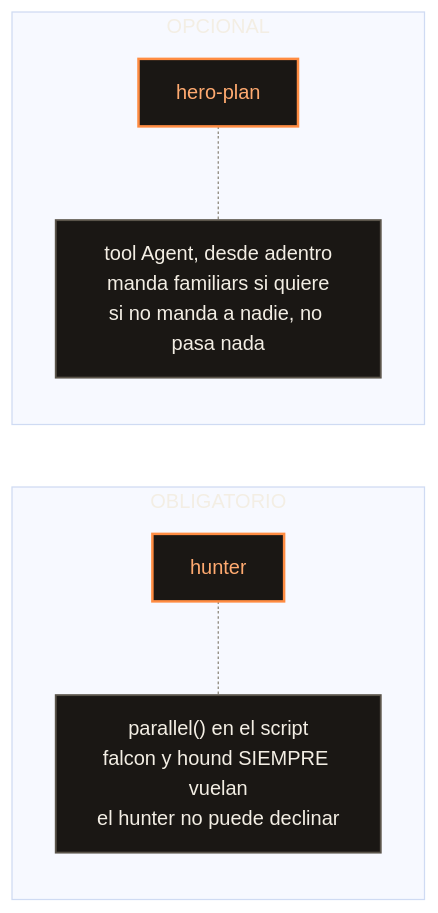
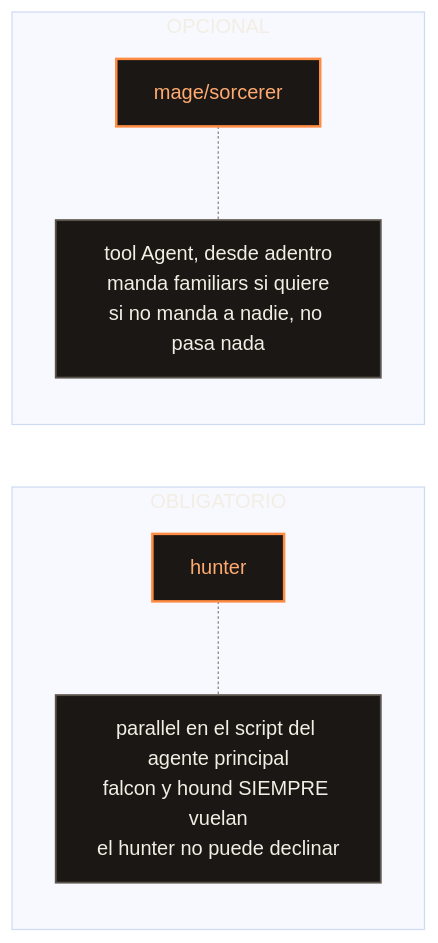
One commit to jereezquerro92/alvs-feedlot-campo changed the second of 2 diagrams in docs/TRIAGE-TEAMMATES.md. Above: the diagram before and after it, drawn with Mermaid. The commit also changed other lines of this file and 750 other files, not shown here.

````diff
--- a/docs/TRIAGE-TEAMMATES.md
+++ b/docs/TRIAGE-TEAMMATES.md
@@ -93,17 +121,17 @@
 ```mermaid
 %%{init: {'theme':'base','themeVariables':{'lineColor':'#8a8578','edgeLabelBackground':'#1a1714','tertiaryTextColor':'#F3EEE4'}}}%%
 graph LR
     subgraph OBLIGATORIO
-        HU[hunter] -.- SC["parallel() en el script<br/>falcon y hound SIEMPRE vuelan<br/>el hunter no puede declinar"]
+        HU[hunter] -.- SC["parallel en el script del agente principal<br/>falcon y hound SIEMPRE vuelan<br/>el hunter no puede declinar"]
     end
     subgraph OPCIONAL
-        HE[hero-plan] -.- FA["tool Agent, desde adentro<br/>manda familiars si quiere<br/>si no manda a nadie, no pasa nada"]
+        HE[mage/sorcerer] -.- FA["tool Agent, desde adentro<br/>manda familiars si quiere<br/>si no manda a nadie, no pasa nada"]
     end
   classDef step fill:#1a1714,stroke:#5a544a,stroke-width:1.5px,color:#F3EEE4;
   classDef hero fill:#1a1714,stroke:#ff8c42,stroke-width:2px,color:#ffaa70;
   classDef cool fill:#1a1714,stroke:#4FA6AB,stroke-width:1.5px,color:#7cc4c8;
   classDef ok fill:#1a1714,stroke:#87A878,stroke-width:1.5px,color:#a9c49e;
   classDef bad fill:#1a1714,stroke:#FF6A1A,stroke-width:1.5px,color:#FF6A1A;
   class HU,HE hero
   class SC,FA step
 ```
````
